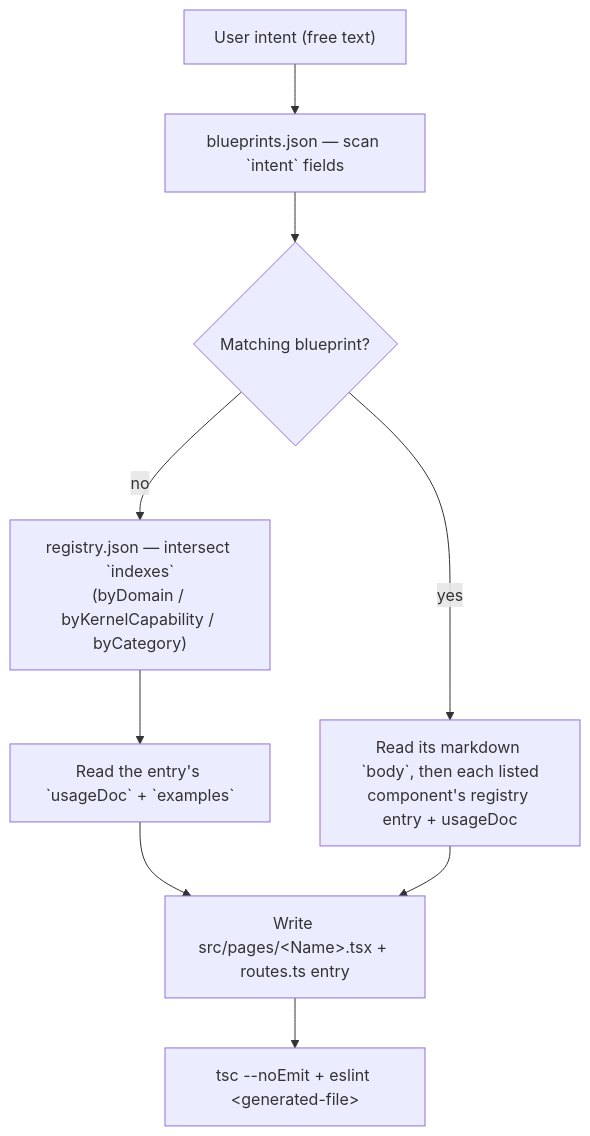
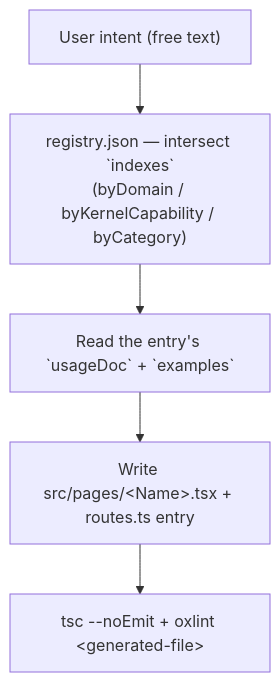
One commit to tekwani/mdk changed the second of 2 diagrams in ui/packages/react-devkit/AGENT_READY.md. Above: the diagram before and after it, drawn with Mermaid. The commit also changed other lines of this file and 2410 other files, not shown here.

````diff
--- a/ui/packages/react-devkit/AGENT_READY.md
+++ b/ui/packages/react-devkit/AGENT_READY.md
@@ -263,11 +249,7 @@
 ```mermaid
 flowchart TD
-  intent["User intent (free text)"] --> step1["blueprints.json — scan `intent` fields"]
-  step1 --> step2{"Matching blueprint?"}
-  step2 -- yes --> useBp["Read its markdown `body`, then each listed\ncomponent's registry entry + usageDoc"]
-  step2 -- no --> step3["registry.json — intersect `indexes`\n(byDomain / byKernelCapability / byCategory)"]
+  intent["User intent (free text)"] --> step3["registry.json — intersect `indexes`\n(byDomain / byKernelCapability / byCategory)"]
   step3 --> step4["Read the entry's `usageDoc` + `examples`"]
   step4 --> scaffold["Write src/pages/&lt;Name&gt;.tsx + routes.ts entry"]
-  useBp --> scaffold
-  scaffold --> verify["tsc --noEmit + eslint &lt;generated-file&gt;"]
+  scaffold --> verify["tsc --noEmit + oxlint &lt;generated-file&gt;"]
 ```
````
